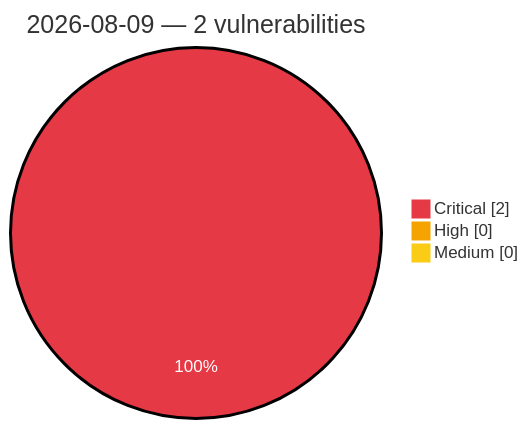
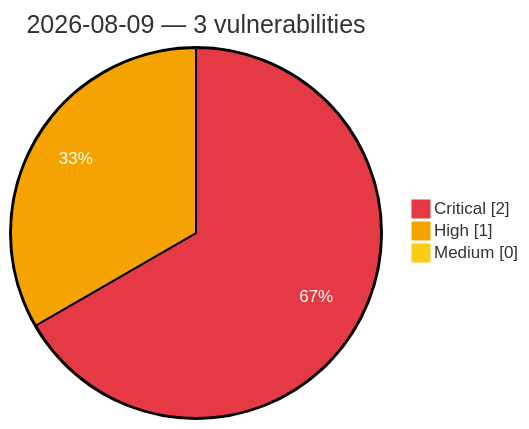
Before and after one commit to GhostX0X/vuln-tracker: the diagram in vulnerabilities/2026/August/2026-08-09.md, drawn with Mermaid. The commit also changed other lines of this file and 5 other files, not shown here.

````diff
--- a/vulnerabilities/2026/August/2026-08-09.md
+++ b/vulnerabilities/2026/August/2026-08-09.md
@@ -3,8 +3,8 @@
 ```mermaid
 %%{init: {'theme':'base', 'themeVariables': {'pie1':'#e63946', 'pie2':'#f4a300', 'pie3':'#facc15', 'pieOpacity':'1', 'pieOuterStrokeWidth':'2px', 'pieSectionTextColor':'#ffffff'}}}%%
 pie showData
-    title 2026-08-09 — 2 vulnerabilities
+    title 2026-08-09 — 3 vulnerabilities
     "Critical" : 2
-    "High" : 0
+    "High" : 1
     "Medium" : 0
 ```
````
